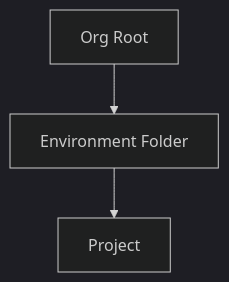
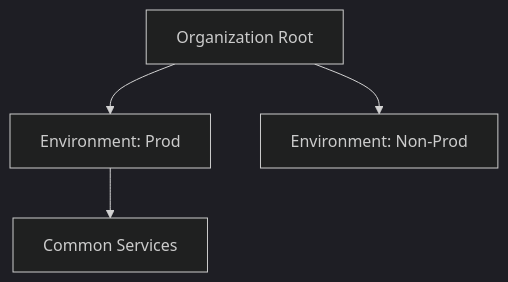
Diagram 13 of 30 in README.md (Devopstrio/hybrid-landingzone), drawn with Mermaid (dark theme) before and after one commit. The commit also changed other lines of this file, not shown here.

Commit message:
docs: finalize premium institutional-grade README with 30+ diagrams and executive summary

````diff
--- a/README.md
+++ b/README.md
@@ -130,5 +187,6 @@
 ```mermaid
 graph TD
-    Org[Org Root] --> Env[Environment Folder]
-    Env --> Project[Project]
+    Org[Organization Root] --> Env[Environment: Prod]
+    Org --> Env2[Environment: Non-Prod]
+    Env --> Shared[Common Services]
 ```
````
